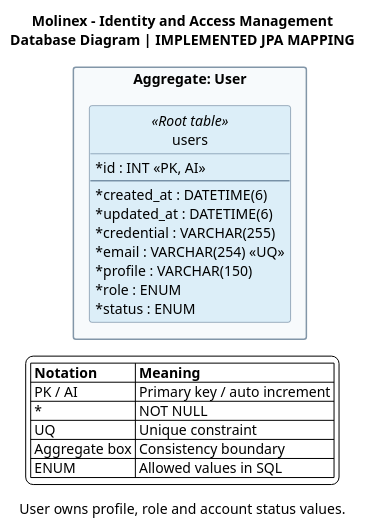
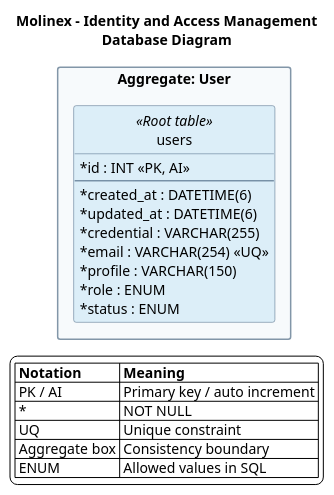
Before and after one commit to Vanguard-open-source/molinex-report: the diagram in assets/Images Chapter 4/Database Design/Database Diagrams/identity-access-management-database.puml, drawn with PlantUML. The commit also changed 14 other files, not shown here.

Commit message:
docs(database): simplify diagram descriptions and titles

```diff
--- a/assets/Images Chapter 4/Database Design/Database Diagrams/identity-access-management-database.puml
+++ b/assets/Images Chapter 4/Database Design/Database Diagrams/identity-access-management-database.puml
@@ -1,41 +1,38 @@
 @startuml
 left to right direction
 hide circle
 hide methods
 skinparam backgroundColor #FFFFFF
 skinparam shadowing false
 skinparam defaultFontName Arial
 skinparam defaultFontSize 14
 skinparam classAttributeIconSize 0
 skinparam packageStyle rectangle
 skinparam ArrowColor #486581
 skinparam nodesep 50
 skinparam ranksep 75
 skinparam classBorderColor #486581
 skinparam packageBorderColor #8296A8
-title Molinex - Identity and Access Management\nDatabase Diagram | IMPLEMENTED JPA MAPPING
-caption
-User owns profile, role and account status values.
-endcaption
+title Molinex - Identity and Access Management\nDatabase Diagram
 package "Aggregate: User" as aggregate_0 #F7FAFC {
 entity "users" as users <<Root table>> #DCEEF8 {
   * id : INT <<PK, AI>>
   --
   * created_at : DATETIME(6)
   * updated_at : DATETIME(6)
   * credential : VARCHAR(255)
   * email : VARCHAR(254) <<UQ>>
   * profile : VARCHAR(150)
   * role : ENUM
   * status : ENUM
 }
 }
 legend bottom
 |= Notation |= Meaning |
 | PK / AI | Primary key / auto increment |
 | * | NOT NULL |
 | UQ | Unique constraint |
 | Aggregate box | Consistency boundary |
 | ENUM | Allowed values in SQL |
 endlegend
 @enduml
```
